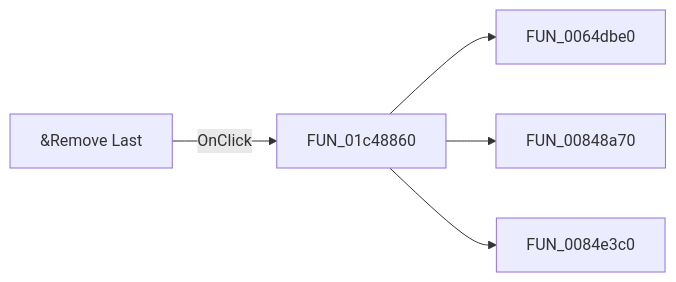
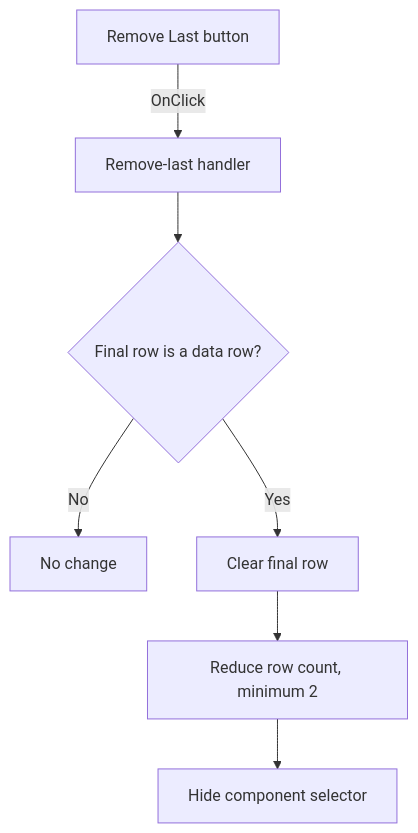
Before and after one commit to MovGP0/TIARA: the diagram in docs/ui-controls/frmsetcompmainvaluelimits/removelast-07912aabe4.md, drawn with Mermaid. The commit also changed other lines of this file and 387 other files, not shown here.

````diff
--- a/docs/ui-controls/frmsetcompmainvaluelimits/removelast-07912aabe4.md
+++ b/docs/ui-controls/frmsetcompmainvaluelimits/removelast-07912aabe4.md
@@ -27,7 +27,9 @@
 ```mermaid
-flowchart LR
-    control["&Remove Last"] -->|OnClick| handler["FUN_01c48860"]
-    handler --> call1["FUN_0064dbe0"]
-    handler --> call2["FUN_00848a70"]
-    handler --> call3["FUN_0084e3c0"]
+flowchart TD
+    control["Remove Last button"] -->|"OnClick"| handler["Remove-last handler"]
+    handler --> available{"Final row is a data row?"}
+    available -->|"No"| noOp["No change"]
+    available -->|"Yes"| clear["Clear final row"]
+    clear --> resize["Reduce row count, minimum 2"]
+    resize --> hide["Hide component selector"]
 ```
````
